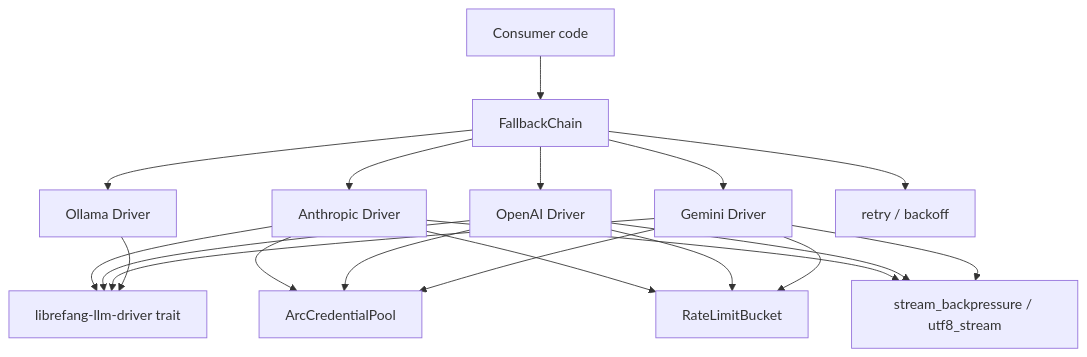
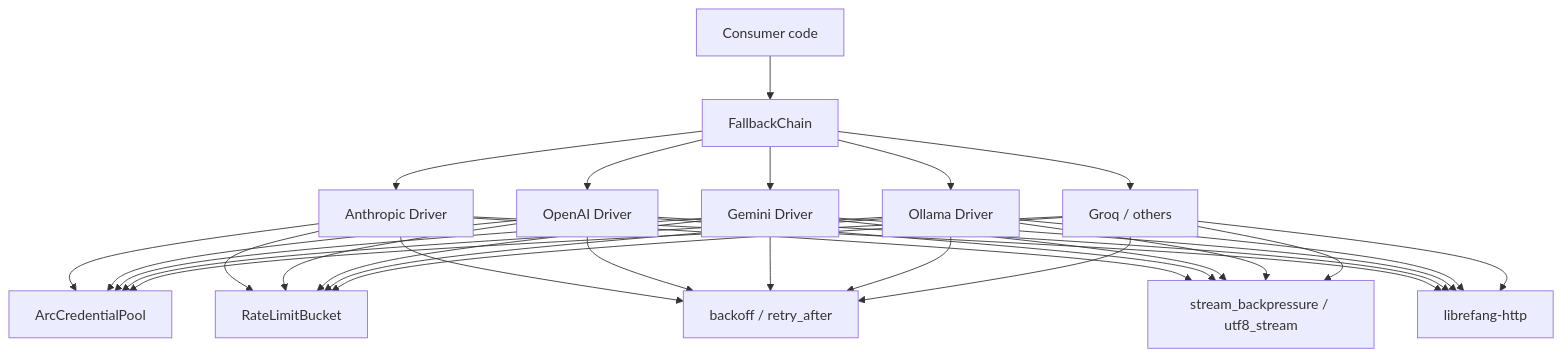
Before and after one commit to leszek3737/librefang-WIki: the diagram in other-librefang-llm-drivers.md, drawn with Mermaid. The commit also changed other lines of this file and 125 other files, not shown here.

````diff
--- a/other-librefang-llm-drivers.md
+++ b/other-librefang-llm-drivers.md
@@ -9,13 +9,14 @@
 ```mermaid
 graph TD
     A[Consumer code] --> B[FallbackChain]
     B --> C1[Anthropic Driver]
     B --> C2[OpenAI Driver]
     B --> C3[Gemini Driver]
     B --> C4[Ollama Driver]
-    C1 & C2 & C3 & C4 --> D[librefang-llm-driver trait]
-    C1 & C2 & C3 --> E[ArcCredentialPool]
-    C1 & C2 & C3 --> F[RateLimitBucket]
-    B --> G[retry / backoff]
-    C1 & C2 & C3 --> H[stream_backpressure / utf8_stream]
+    B --> C5[Groq / others]
+    C1 & C2 & C3 & C4 & C5 --> D[ArcCredentialPool]
+    C1 & C2 & C3 & C4 & C5 --> E[RateLimitBucket]
+    C1 & C2 & C3 & C4 & C5 --> F[backoff / retry_after]
+    C1 & C2 & C3 & C4 & C5 --> G[stream_backpressure / utf8_stream]
+    C1 & C2 & C3 & C4 & C5 --> H[librefang-http]
 ```
````
